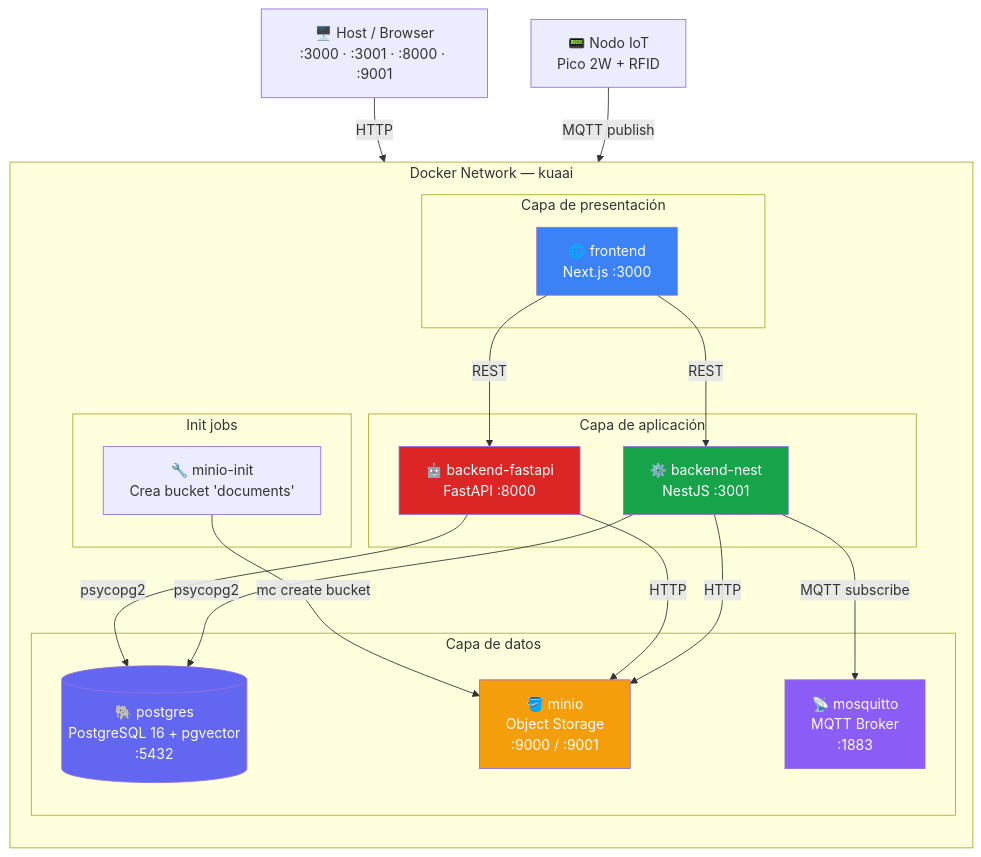
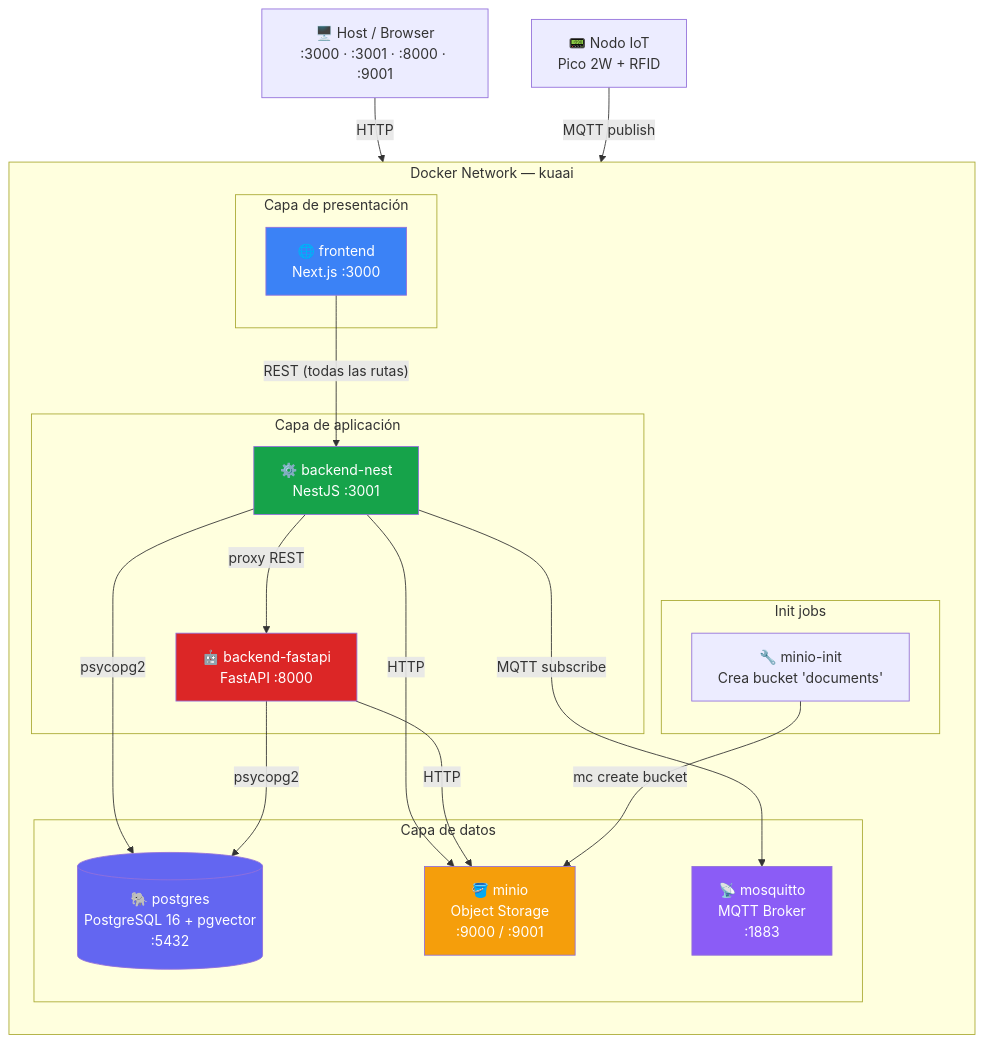
Before and after one commit to marianodr/kuaai-intelligent-hrms: the third of 12 diagrams in ARCHITECTURE.md, drawn with Mermaid. The commit also changed other lines of this file and 3 other files, not shown here.

First line of the commit message:
docs: corregir diagramas de arquitectura — frontend no conecta directamente a FastAPI

````diff
--- a/ARCHITECTURE.md
+++ b/ARCHITECTURE.md
@@ -109,46 +131,46 @@
 ```mermaid
 graph TB
     subgraph "Docker Network — kuaai"
         direction TB
 
         subgraph "Capa de presentación"
             FE["🌐 frontend\nNext.js :3000"]
         end
 
         subgraph "Capa de aplicación"
             NEST["⚙️ backend-nest\nNestJS :3001"]
             FAPI["🤖 backend-fastapi\nFastAPI :8000"]
         end
 
         subgraph "Capa de datos"
             PG[("🐘 postgres\nPostgreSQL 16 + pgvector\n:5432")]
             MINIO["🪣 minio\nObject Storage\n:9000 / :9001"]
             MQTT["📡 mosquitto\nMQTT Broker\n:1883"]
         end
 
         subgraph "Init jobs"
             MINIO_INIT["🔧 minio-init\nCrea bucket 'documents'"]
         end
     end
 
     HOST["🖥️ Host / Browser\n:3000 · :3001 · :8000 · :9001"]
     IOT["📟 Nodo IoT\nPico 2W + RFID"]
 
     HOST -->|"HTTP"| FE
-    FE -->|"REST"| NEST
-    FE -->|"REST"| FAPI
+    FE -->|"REST (todas las rutas)"| NEST
+    NEST -->|"proxy REST"| FAPI
     NEST -->|"psycopg2"| PG
     NEST -->|"HTTP"| MINIO
     NEST -->|"MQTT subscribe"| MQTT
     FAPI -->|"psycopg2"| PG
     FAPI -->|"HTTP"| MINIO
     IOT -->|"MQTT publish"| MQTT
     MINIO_INIT -->|"mc create bucket"| MINIO
 
     style FE fill:#3b82f6,color:#fff
     style NEST fill:#16a34a,color:#fff
     style FAPI fill:#dc2626,color:#fff
     style PG fill:#6366f1,color:#fff
     style MINIO fill:#f59e0b,color:#fff
     style MQTT fill:#8b5cf6,color:#fff
 ```
````
